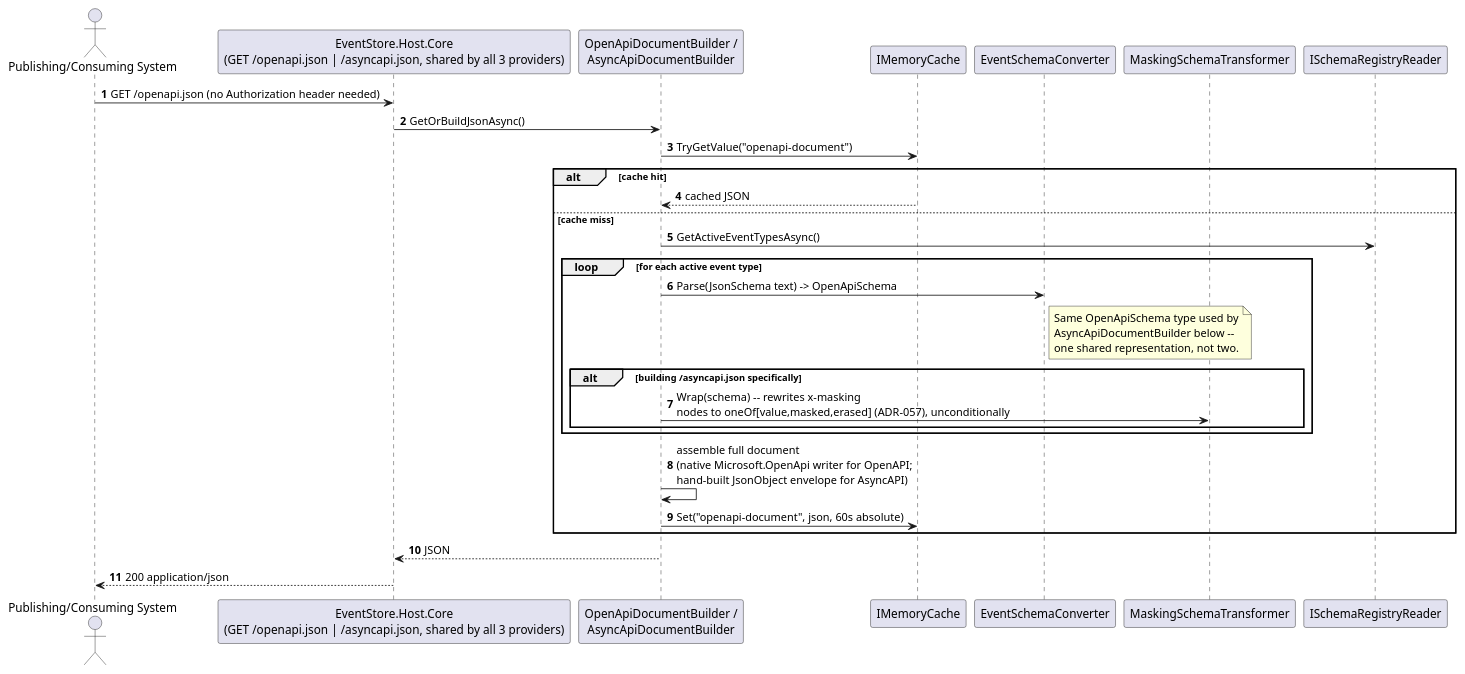
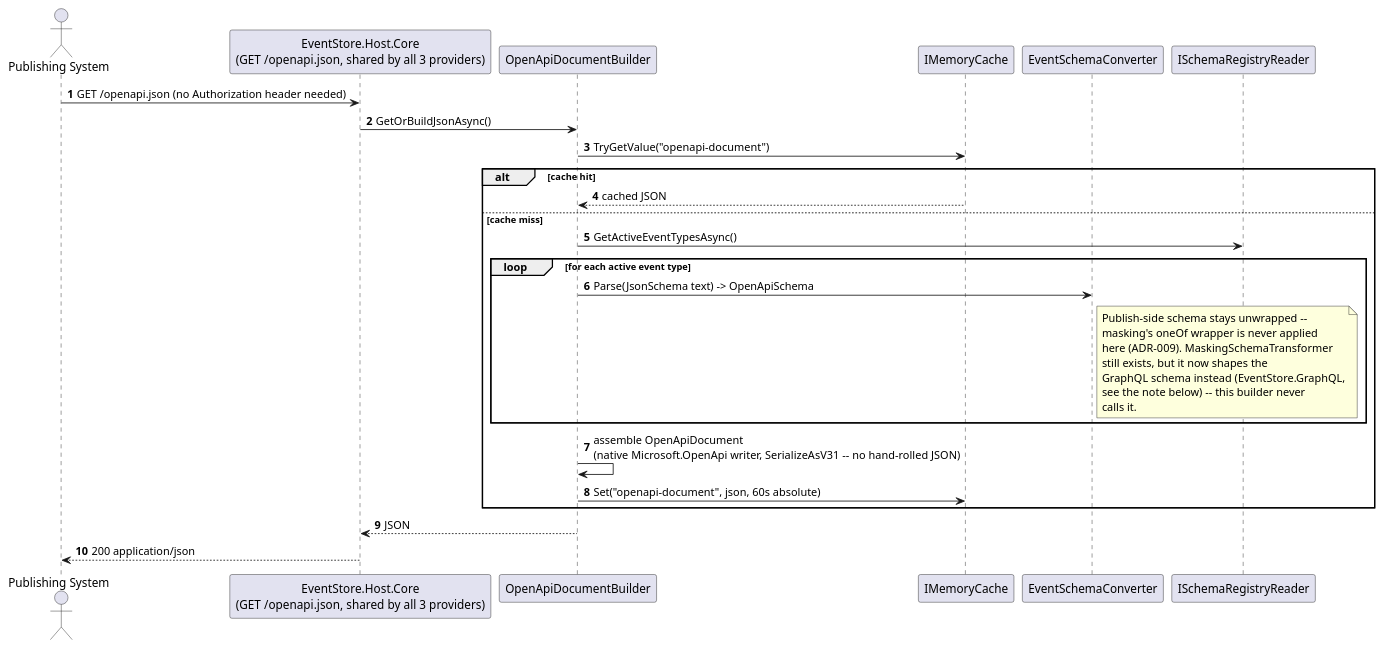
One commit to Mwwhited-BookLearning/EventSourcing changed the first of 2 diagrams in docs/features/spec-generation.md. Above: the diagram before and after it, drawn with PlantUML. The commit also changed other lines of this file and 37 other files, not shown here.

````diff
--- a/docs/features/spec-generation.md
+++ b/docs/features/spec-generation.md
@@ -17,36 +28,36 @@
 ```plantuml
 @startuml SpecGeneration_Sequence
 autonumber
-actor "Publishing/Consuming System" as caller
-participant "EventStore.Host.Core\n(GET /openapi.json | /asyncapi.json, shared by all 3 providers)" as endpoint
-participant "OpenApiDocumentBuilder /\nAsyncApiDocumentBuilder" as docBuilder
+actor "Publishing System" as caller
+participant "EventStore.Host.Core\n(GET /openapi.json, shared by all 3 providers)" as endpoint
+participant "OpenApiDocumentBuilder" as docBuilder
 participant "IMemoryCache" as cache
 participant "EventSchemaConverter" as converter
-participant "MaskingSchemaTransformer" as maskTransform
 participant "ISchemaRegistryReader" as registry
 
 caller -> endpoint: GET /openapi.json (no Authorization header needed)
 endpoint -> docBuilder: GetOrBuildJsonAsync()
 docBuilder -> cache: TryGetValue("openapi-document")
 alt cache hit
   cache --> docBuilder: cached JSON
 else cache miss
   docBuilder -> registry: GetActiveEventTypesAsync()
   loop for each active event type
     docBuilder -> converter: Parse(JsonSchema text) -> OpenApiSchema
     note right of converter
-      Same OpenApiSchema type used by
-      AsyncApiDocumentBuilder below --
-      one shared representation, not two.
+      Publish-side schema stays unwrapped --
+      masking's oneOf wrapper is never applied
+      here (ADR-009). MaskingSchemaTransformer
+      still exists, but it now shapes the
+      GraphQL schema instead (EventStore.GraphQL,
+      see the note below) -- this builder never
+      calls it.
     end note
-    alt building /asyncapi.json specifically
-      docBuilder -> maskTransform: Wrap(schema) -- rewrites x-masking\nnodes to oneOf[value,masked,erased] (ADR-057), unconditionally
-    end
   end
-  docBuilder -> docBuilder: assemble full document\n(native Microsoft.OpenApi writer for OpenAPI;\nhand-built JsonObject envelope for AsyncAPI)
+  docBuilder -> docBuilder: assemble OpenApiDocument\n(native Microsoft.OpenApi writer, SerializeAsV31 -- no hand-rolled JSON)
   docBuilder -> cache: Set("openapi-document", json, 60s absolute)
 end
 docBuilder --> endpoint: JSON
 endpoint --> caller: 200 application/json
 @enduml
 ```
````
